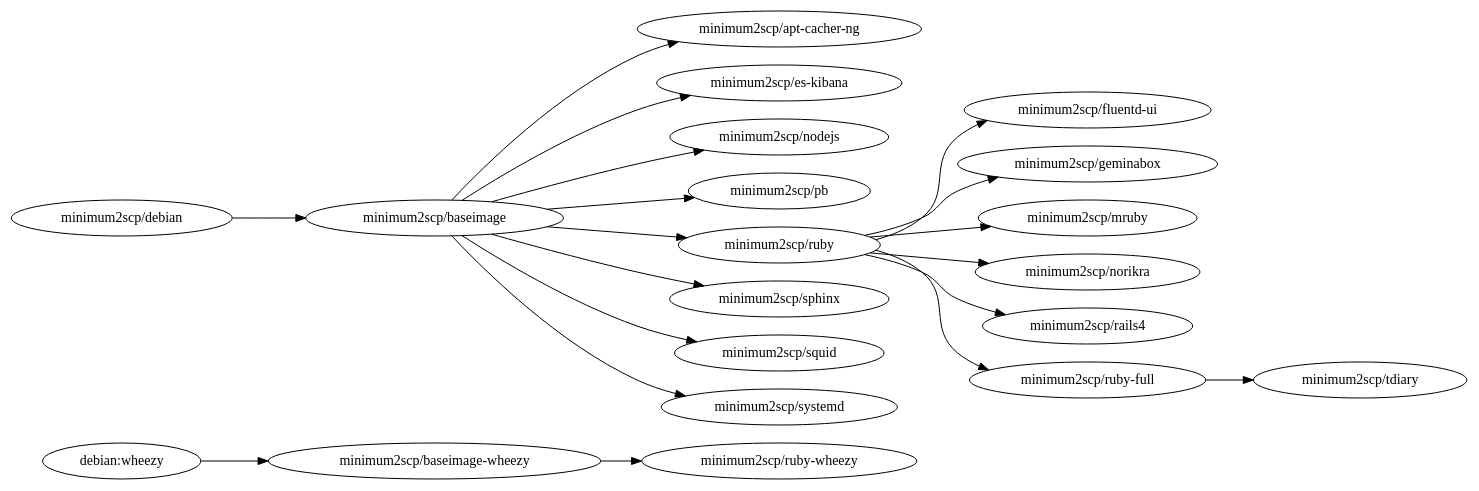
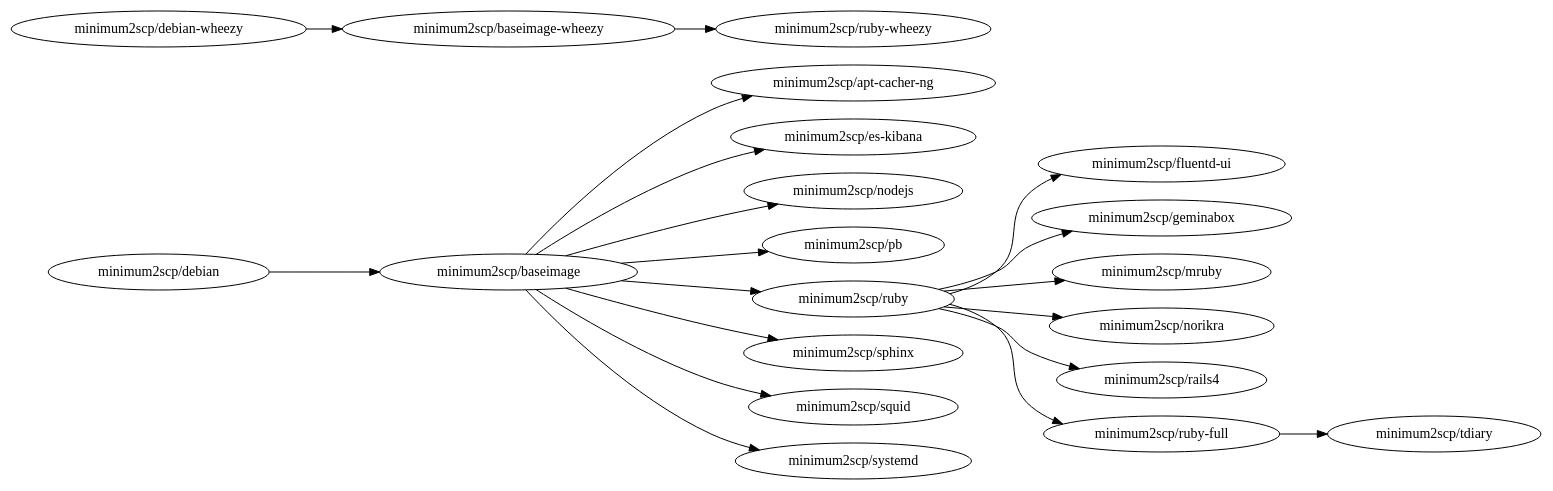
The diagram in deps.dot (minimum2scp/dockerfiles), drawn with Graphviz before and after one commit. The commit also changed 2 other files, not shown here.

Commit message:
use minimum2scp/debian-wheezy as base image of minimum2scp/baseimage-wheezy

```diff
--- a/deps.dot
+++ b/deps.dot
@@ -1,34 +1,34 @@
 digraph deps {
   graph        [rankdir = "LR"];
   ratio = auto;
 
-  wheezy            [label = "debian:wheezy"];
 
   acng              [label = "minimum2scp/apt-cacher-ng"];
   baseimage         [label = "minimum2scp/baseimage"];
   baseimage_wheezy  [label = "minimum2scp/baseimage-wheezy"];
   debian            [label = "minimum2scp/debian"];
+  debian_wheezy     [label = "minimum2scp/debian-wheezy"];
   es_kibana         [label = "minimum2scp/es-kibana"];
   fluentd_ui        [label = "minimum2scp/fluentd-ui"];
   geminabox         [label = "minimum2scp/geminabox"];
   mruby             [label = "minimum2scp/mruby"];
   nodejs            [label = "minimum2scp/nodejs"];
   norikra           [label = "minimum2scp/norikra"];
   pb                [label = "minimum2scp/pb"];
   rails4            [label = "minimum2scp/rails4"];
   ruby              [label = "minimum2scp/ruby"];
   ruby_full         [label = "minimum2scp/ruby-full"];
   ruby_wheezy       [label = "minimum2scp/ruby-wheezy"];
   sphinx            [label = "minimum2scp/sphinx"];
   squid             [label = "minimum2scp/squid"];
   systemd           [label = "minimum2scp/systemd"];
   tdiary            [label = "minimum2scp/tdiary"];
 
   debian    -> baseimage;
   baseimage -> {acng, es_kibana, nodejs, pb, ruby, sphinx, squid, systemd};
   ruby      -> {fluentd_ui, geminabox, mruby, norikra, rails4, ruby_full};
   ruby_full -> {tdiary};
 
-  wheezy    -> baseimage_wheezy;
+  debian_wheezy    -> baseimage_wheezy;
   baseimage_wheezy -> ruby_wheezy;
 }
```
